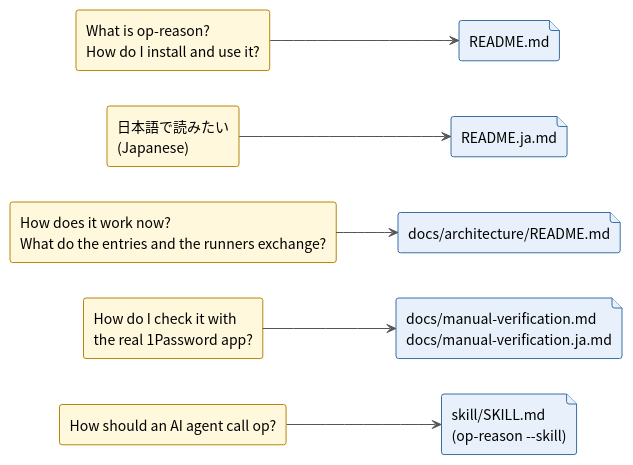
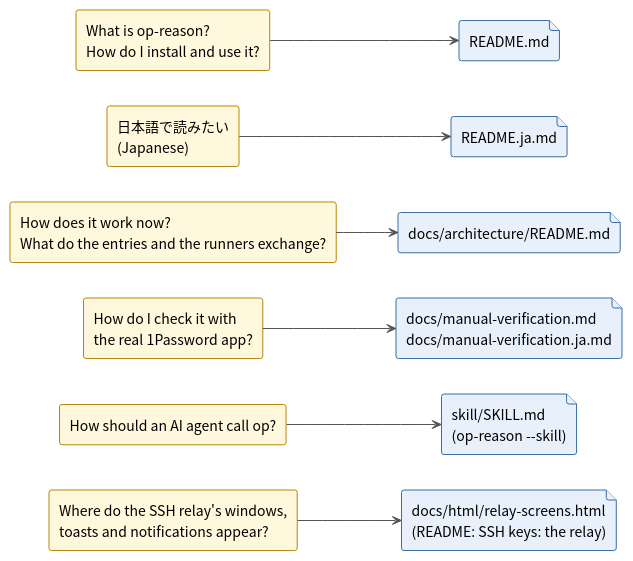
Before and after one commit to pollenjp/op-reason: the diagram in docs/plantuml/01_map.puml, drawn with PlantUML. The commit also changed 8 other files, not shown here.

First line of the commit message:
docs: the toasts, the screen of the windows and the notifications

```diff
--- a/docs/plantuml/01_map.puml
+++ b/docs/plantuml/01_map.puml
@@ -1,32 +1,35 @@
 @startuml
 !theme plain
 left to right direction
 skinparam defaultFontName "Noto Sans CJK JP"
 skinparam ArrowColor #555555
 skinparam rectangle {
   BackgroundColor #FFF8DC
   BorderColor #B8860B
 }
 skinparam file {
   BackgroundColor #E8F1FB
   BorderColor #3A6EA5
 }
 
+rectangle "Where do the SSH relay's windows,\ntoasts and notifications appear?" as Q6
 rectangle "How should an AI agent call op?" as Q4
 rectangle "How do I check it with\nthe real 1Password app?" as Q3
 rectangle "How does it work now?\nWhat do the entries and the runners exchange?" as Q2
 rectangle "日本語で読みたい\n(Japanese)" as Q5
 rectangle "What is op-reason?\nHow do I install and use it?" as Q1
 
+file "docs/html/relay-screens.html\n(README: SSH keys: the relay)" as P6
 file "skill/SKILL.md\n(op-reason --skill)" as P4
 file "docs/manual-verification.md\ndocs/manual-verification.ja.md" as P3
 file "docs/architecture/README.md" as P2
 file "README.ja.md" as P5
 file "README.md" as P1
 
+Q6 --> P6
 Q4 --> P4
 Q3 --> P3
 Q2 --> P2
 Q5 --> P5
 Q1 --> P1
 @enduml
```
